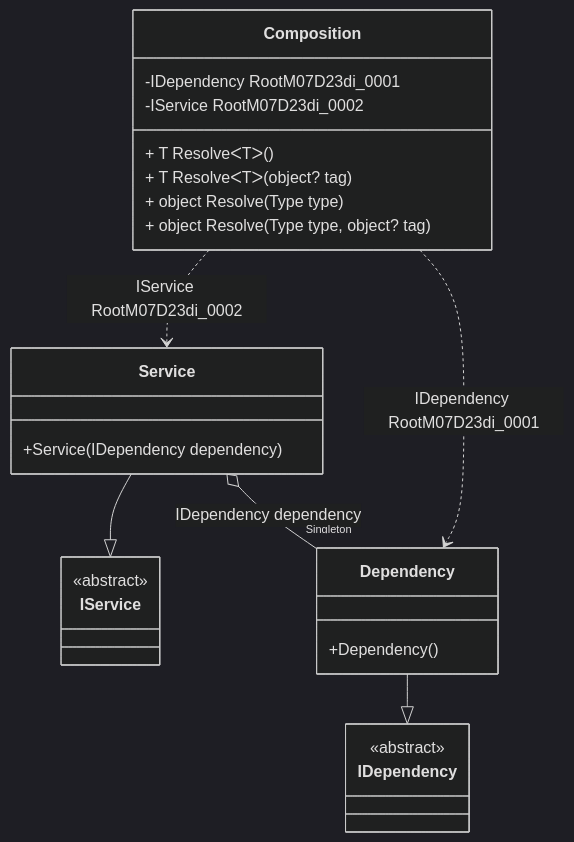
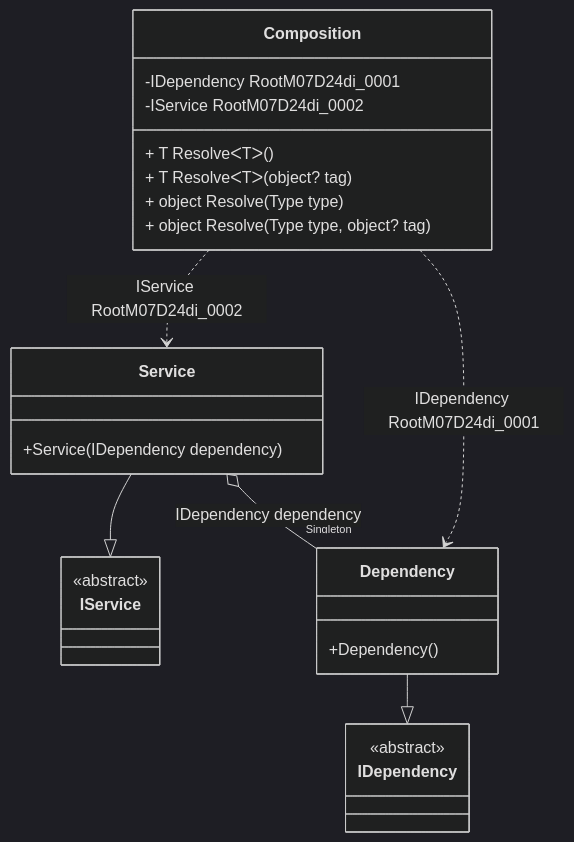
One commit to DevTeam/Pure.DI changed the diagram in readme/service-collection.md. Above: the diagram before and after it, drawn with Mermaid (dark theme). The commit also changed other lines of this file and 51 other files, not shown here.

````diff
--- a/readme/service-collection.md
+++ b/readme/service-collection.md
@@ -75,28 +75,28 @@
 ```mermaid
 classDiagram
   class Composition {
-    -IDependency RootM07D23di_0001
-    -IService RootM07D23di_0002
+    -IDependency RootM07D24di_0001
+    -IService RootM07D24di_0002
     + T ResolveᐸTᐳ()
     + T ResolveᐸTᐳ(object? tag)
     + object Resolve(Type type)
     + object Resolve(Type type, object? tag)
   }
   Service --|> IService : 
   class Service {
     +Service(IDependency dependency)
   }
   Dependency --|> IDependency : 
   class Dependency {
     +Dependency()
   }
   class IService {
     <<abstract>>
   }
   class IDependency {
     <<abstract>>
   }
   Service o--  "Singleton" Dependency : IDependency dependency
-  Composition ..> Dependency : IDependency RootM07D23di_0001
-  Composition ..> Service : IService RootM07D23di_0002
+  Composition ..> Dependency : IDependency RootM07D24di_0001
+  Composition ..> Service : IService RootM07D24di_0002
 ```
````
